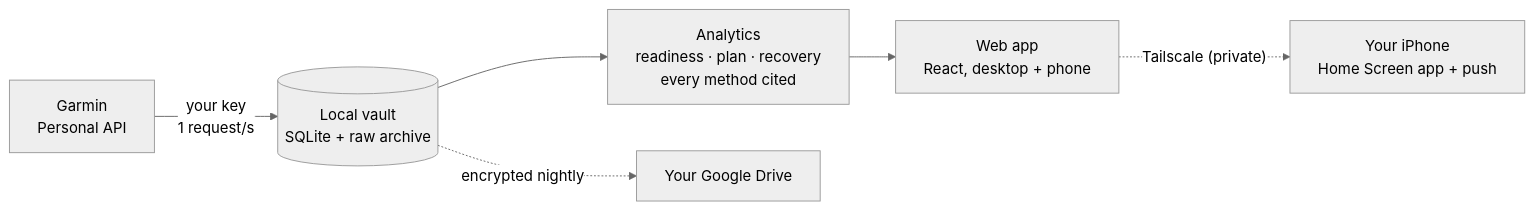
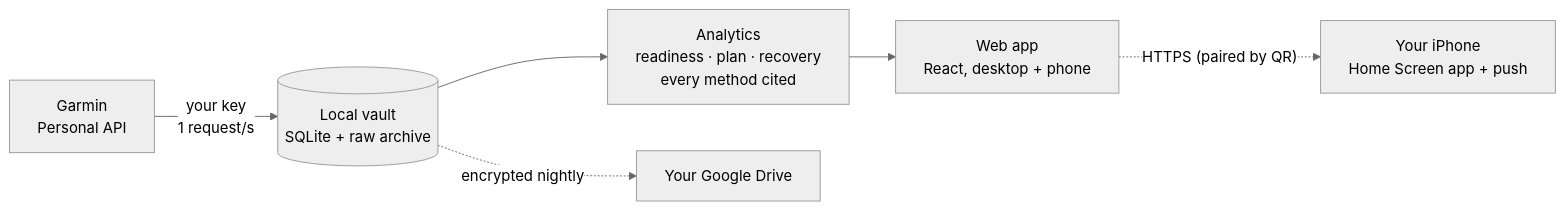
One commit to RajatB15/cadence changed the diagram in README.md. Above: the diagram before and after it, drawn with Mermaid (neutral theme). The commit also changed other lines of this file and 9 other files, not shown here.

Commit message:
Phone access without Tailscale: CADENCE_PUBLIC_URL, Caddy HTTPS setup script, docs

````diff
--- a/README.md
+++ b/README.md
@@ -90,8 +90,8 @@
 ```mermaid
 flowchart LR
   G["Garmin<br/>Personal API"] -->|"your key<br/>1 request/s"| V[("Local vault<br/>SQLite + raw archive")]
   V --> A["Analytics<br/>readiness · plan · recovery<br/>every method cited"]
   A --> W["Web app<br/>React, desktop + phone"]
-  W -. "Tailscale (private)" .-> P["Your iPhone<br/>Home Screen app + push"]
+  W -. "HTTPS (paired by QR)" .-> P["Your iPhone<br/>Home Screen app + push"]
   V -. "encrypted nightly" .-> D["Your Google Drive"]
 ```
````
